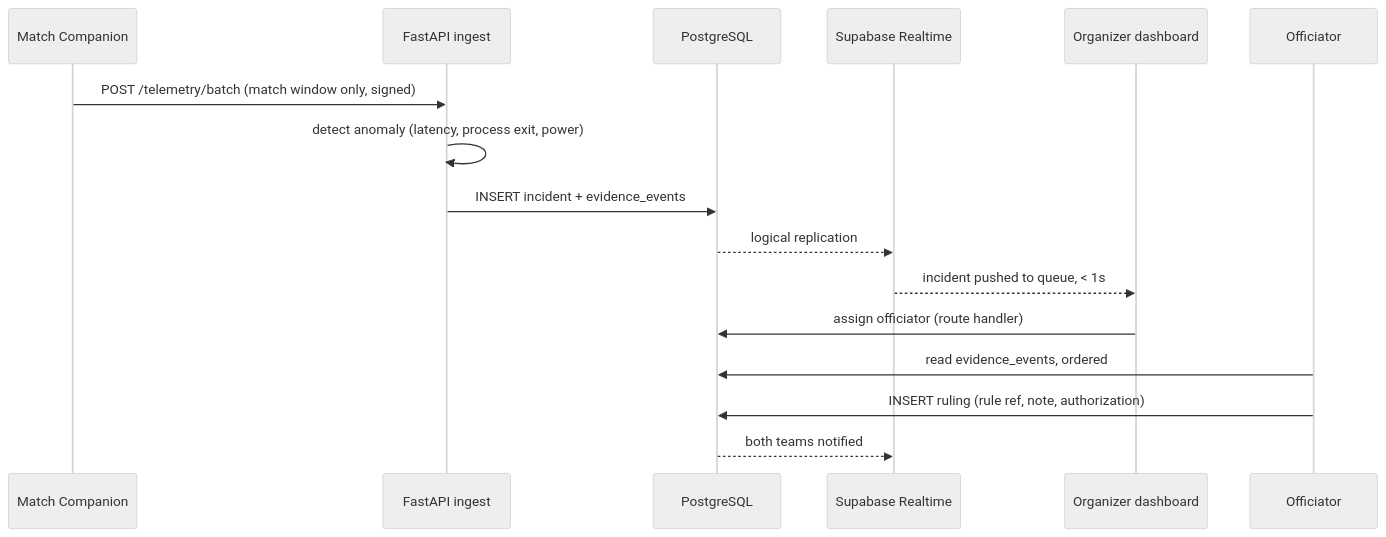
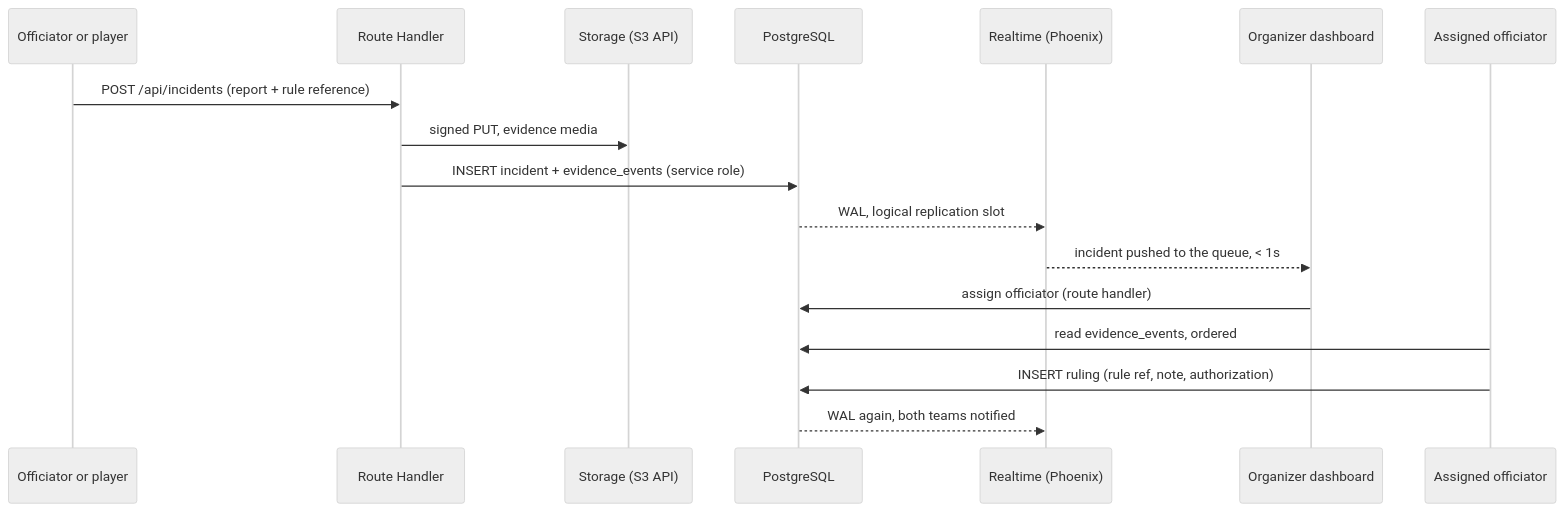
The third of 5 diagrams in docs/ARCHITECTURE.md (Dawngend/draft-ph), drawn with Mermaid (neutral theme) before and after one commit. The commit also changed other lines of this file and 6 other files, not shown here.

First line of the commit message:
Fix the architecture diagram: components only, and real geometry

````diff
--- a/docs/ARCHITECTURE.md
+++ b/docs/ARCHITECTURE.md
@@ -99,19 +105,20 @@
 ```mermaid
 sequenceDiagram
-    participant A as Match Companion
-    participant F as FastAPI ingest
+    participant P as Officiator or player
+    participant RH as Route Handler
+    participant ST as Storage (S3 API)
     participant DB as PostgreSQL
-    participant RT as Supabase Realtime
+    participant RT as Realtime (Phoenix)
     participant M as Organizer dashboard
-    participant O as Officiator
+    participant O as Assigned officiator
 
-    A->>F: POST /telemetry/batch (match window only, signed)
-    F->>F: detect anomaly (latency, process exit, power)
-    F->>DB: INSERT incident + evidence_events
-    DB-->>RT: logical replication
-    RT-->>M: incident pushed to queue, < 1s
+    P->>RH: POST /api/incidents (report + rule reference)
+    RH->>ST: signed PUT, evidence media
+    RH->>DB: INSERT incident + evidence_events (service role)
+    DB-->>RT: WAL, logical replication slot
+    RT-->>M: incident pushed to the queue, < 1s
     M->>DB: assign officiator (route handler)
     O->>DB: read evidence_events, ordered
     O->>DB: INSERT ruling (rule ref, note, authorization)
-    DB-->>RT: both teams notified
+    DB-->>RT: WAL again, both teams notified
 ```
````
